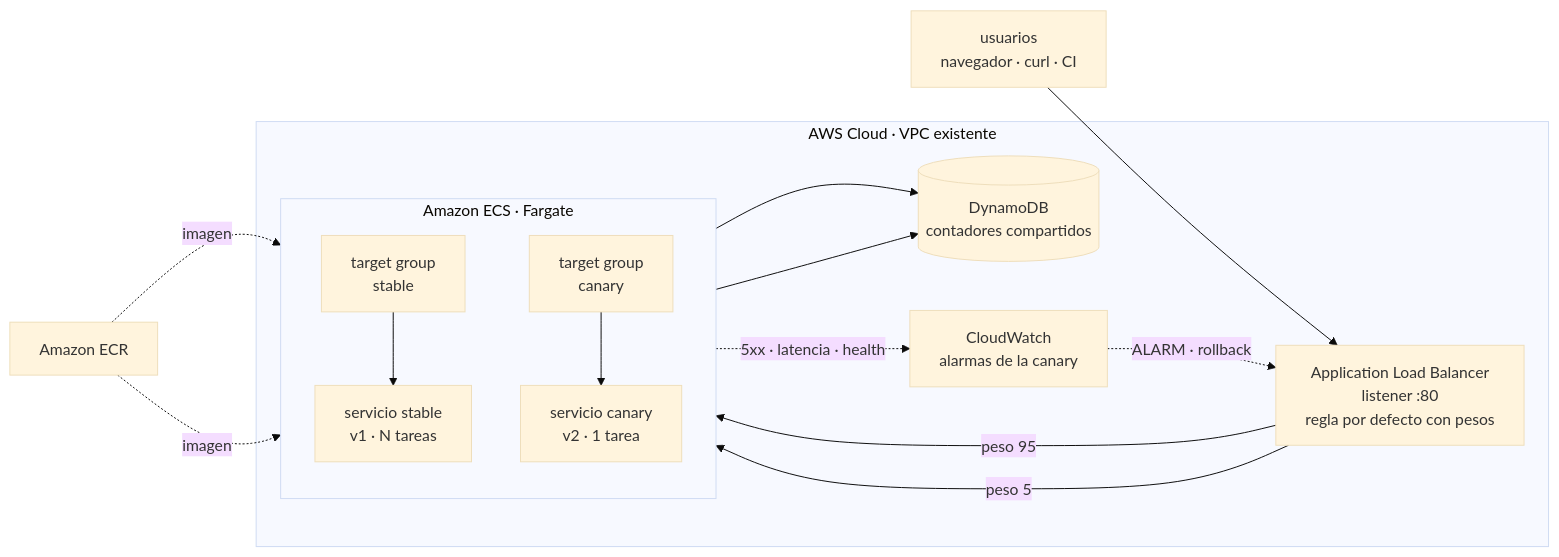
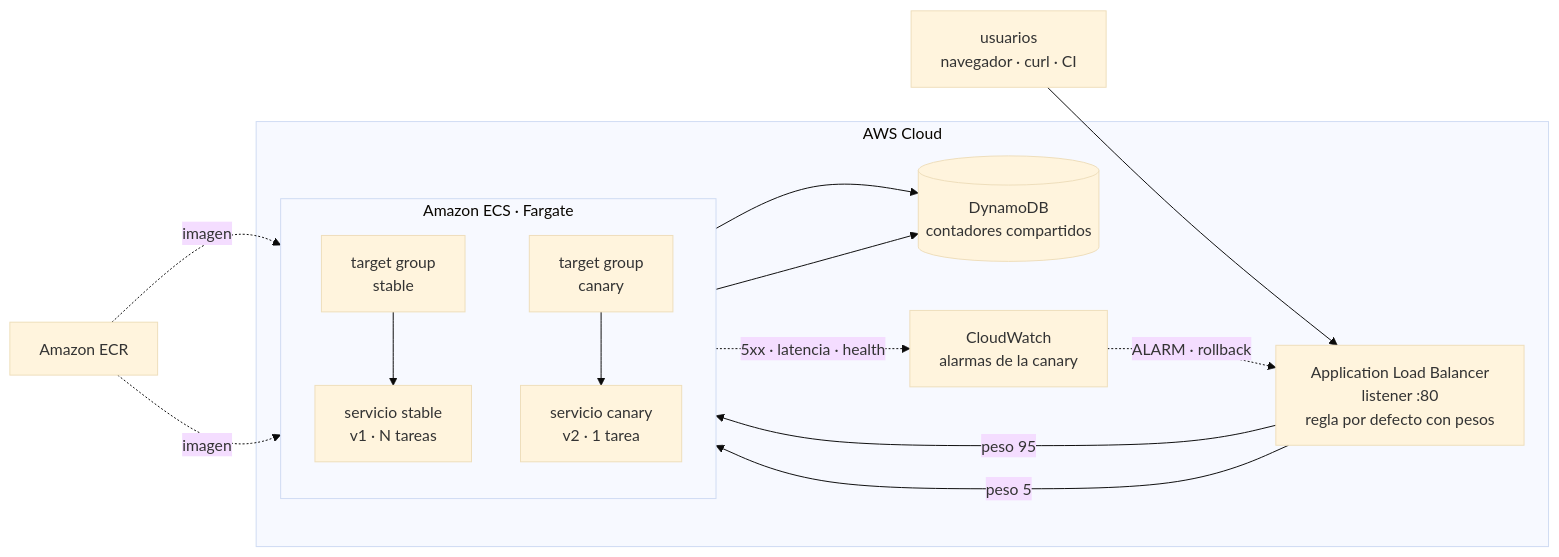
The diagram in README.md (roxsross/aws-ecs-canary-in-action), drawn with Mermaid (base theme) before and after one commit. The commit also changed other lines of this file and 25 other files, not shown here.

````diff
--- a/README.md
+++ b/README.md
@@ -33,33 +28,33 @@
 ```mermaid
 flowchart LR
     users["usuarios<br/>navegador · curl · CI"]
 
-    subgraph aws["AWS Cloud · VPC existente"]
+    subgraph aws["AWS Cloud"]
         alb["Application Load Balancer<br/>listener :80<br/>regla por defecto con pesos"]
 
         subgraph ecs["Amazon ECS · Fargate"]
             direction TB
             tgs["target group<br/>stable"]
             tgc["target group<br/>canary"]
             svcs["servicio stable<br/>v1 · N tareas"]
             svcc["servicio canary<br/>v2 · 1 tarea"]
             tgs --> svcs
             tgc --> svcc
         end
 
         ddb[("DynamoDB<br/>contadores compartidos")]
         cw["CloudWatch<br/>alarmas de la canary"]
     end
 
     ecr["Amazon ECR"]
 
     users --> alb
     alb -->|"peso 95"| tgs
     alb -->|"peso 5"| tgc
     svcs --> ddb
     svcc --> ddb
     ecr -.->|"imagen"| svcs
     ecr -.->|"imagen"| svcc
     svcc -.->|"5xx · latencia · health"| cw
     cw -.->|"ALARM · rollback"| alb
 ```
````
